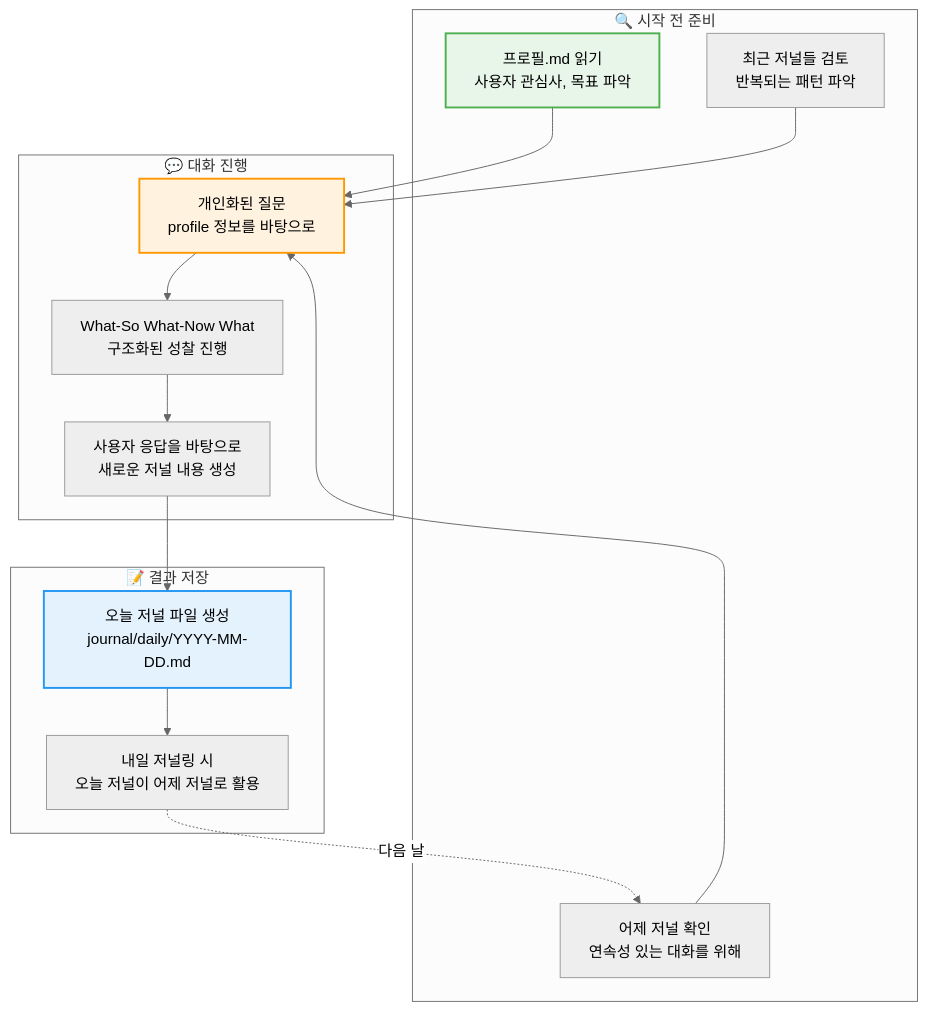
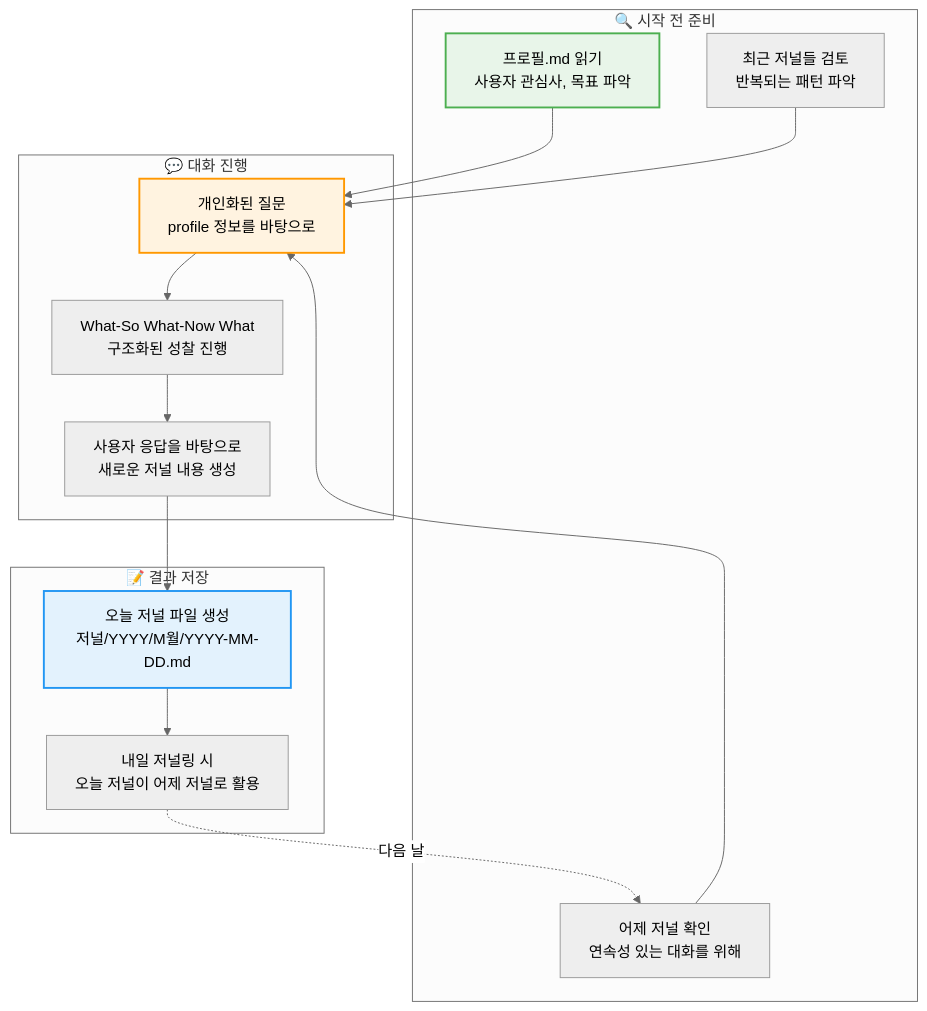
The fourth of 4 diagrams in README.md (hoetaek/reflective-conversational-journal), drawn with Mermaid (neutral theme) before and after one commit. The commit also changed other lines of this file, not shown here.

````diff
--- a/README.md
+++ b/README.md
@@ -440,32 +446,32 @@
 ```mermaid
 flowchart TD
     subgraph "🔍 시작 전 준비"
         A[프로필.md 읽기<br/>사용자 관심사, 목표 파악]
         B[어제 저널 확인<br/>연속성 있는 대화를 위해]
         C[최근 저널들 검토<br/>반복되는 패턴 파악]
     end
 
     subgraph "💬 대화 진행"
         D[개인화된 질문<br/>profile 정보를 바탕으로]
         E[What-So What-Now What<br/>구조화된 성찰 진행]
         F[사용자 응답을 바탕으로<br/>새로운 저널 내용 생성]
     end
 
     subgraph "📝 결과 저장"
-        G[오늘 저널 파일 생성<br/>journal/daily/YYYY-MM-DD.md]
+        G[오늘 저널 파일 생성<br/>저널/YYYY/M월/YYYY-MM-DD.md]
         H[내일 저널링 시<br/>오늘 저널이 어제 저널로 활용]
     end
 
     A --> D
     B --> D
     C --> D
     D --> E
     E --> F
     F --> G
     G --> H
     H -.->|다음 날| B
 
     style A fill:#e8f5e9,stroke:#4caf50,stroke-width:2px
     style D fill:#fff3e0,stroke:#ff9800,stroke-width:2px
     style G fill:#e3f2fd,stroke:#2196f3,stroke-width:2px
 ```
````
